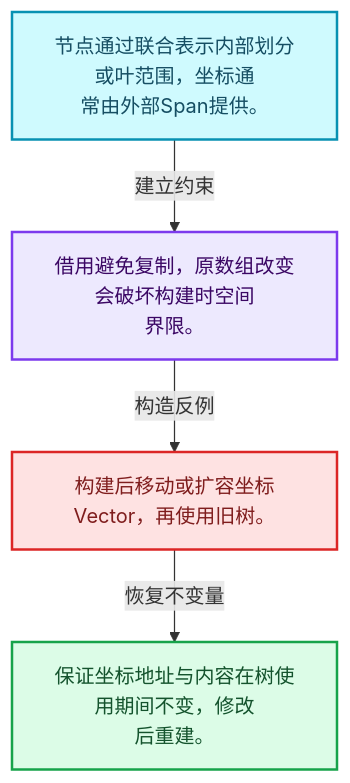
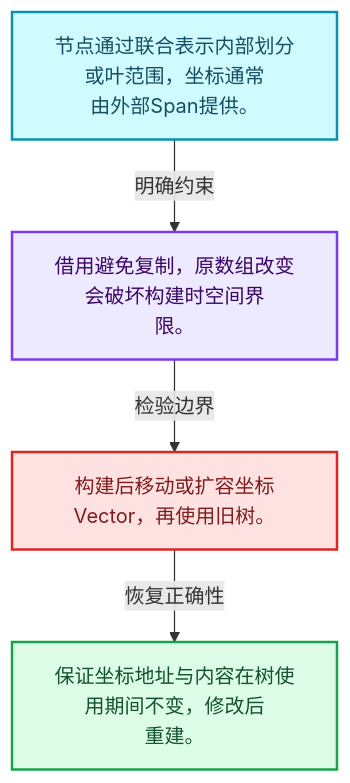
One commit to yunkezengren/blender-.vscode changed the first of 4 diagrams in 杂/markdown/全面学习-codex/12-空间数据结构与几何算法/02-KDTreeNew节点布局.md. Above: the diagram before and after it, drawn with Mermaid. The commit also changed other lines of this file and 1930 other files, not shown here.

````diff
--- a/杂/markdown/全面学习-codex/12-空间数据结构与几何算法/02-KDTreeNew节点布局.md
+++ b/杂/markdown/全面学习-codex/12-空间数据结构与几何算法/02-KDTreeNew节点布局.md
@@ -29,16 +29,16 @@
 ```mermaid
 flowchart TB
-  M["节点通过联合表示内部划分或叶范围，坐标通<br/>常由外部Span提供。"]:::data
-  T["借用避免复制，原数组改变会破坏构建时空间<br/>界限。"]:::abstraction
-  X["构建后移动或扩容坐标Vector，再使用旧树。"]:::error
-  A["保证坐标地址与内容在树使用期间不变，修改<br/>后重建。"]:::result
-  M -->|"建立约束"| T
-  T -->|"构造反例"| X
-  X -->|"恢复不变量"| A
+  M["节点通过联合表示内部划分或叶范围，坐标通常<br/>由外部Span提供。"]:::data
+  C["借用避免复制，原数组改变会破坏构建时空间界<br/>限。"]:::abstraction
+  B["构建后移动或扩容坐标Vector，再使用旧树。"]:::error
+  R["保证坐标地址与内容在树使用期间不变，修改后<br/>重建。"]:::result
+  M -->|"明确约束"| C
+  C -->|"检验边界"| B
+  B -->|"恢复正确性"| R
   classDef input fill:#DBEAFE,stroke:#2563EB,color:#172554,stroke-width:2px;
   classDef data fill:#CFFAFE,stroke:#0891B2,color:#164E63,stroke-width:2px;
   classDef abstraction fill:#EDE9FE,stroke:#7C3AED,color:#3B0764,stroke-width:2px;
   classDef compute fill:#FEF3C7,stroke:#D97706,color:#78350F,stroke-width:2px;
   classDef result fill:#DCFCE7,stroke:#16A34A,color:#14532D,stroke-width:2px;
   classDef error fill:#FEE2E2,stroke:#DC2626,color:#7F1D1D,stroke-width:2px;
 ```
````
